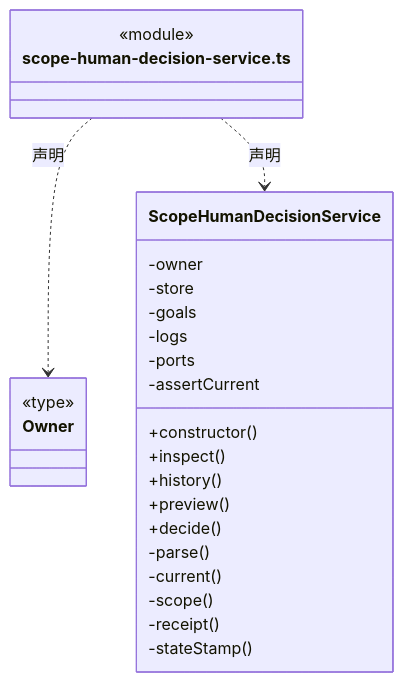
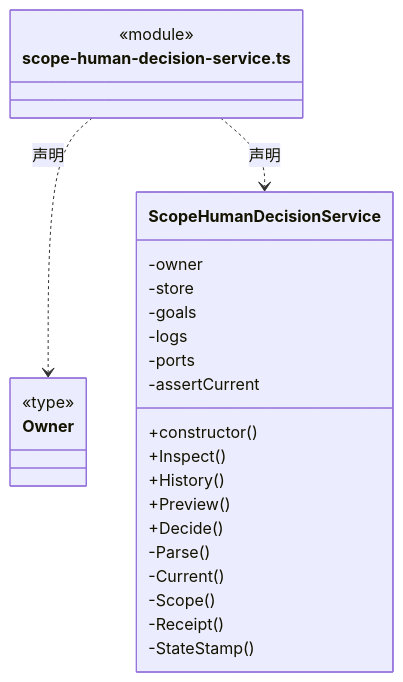
Before and after one commit to nan023062/cbim: diagram 15 of 25 in src/logic/tasks/runtime/ARCHITECTURE.md, drawn with Mermaid. The commit also changed other lines of this file and 1035 other files, not shown here.

````diff
--- a/src/logic/tasks/runtime/ARCHITECTURE.md
+++ b/src/logic/tasks/runtime/ARCHITECTURE.md
@@ -387,30 +387,30 @@
 ```mermaid
 classDiagram
 class N_src_logic_tasks_runtime_scope_human_decision_service_ts["scope-human-decision-service.ts"] {
   <<module>>
 }
 class N_src_logic_tasks_runtime_scope_human_decision_service_ts_Owner["Owner"] {
   <<type>>
 
 }
 N_src_logic_tasks_runtime_scope_human_decision_service_ts ..> N_src_logic_tasks_runtime_scope_human_decision_service_ts_Owner : 声明
 class N_src_logic_tasks_runtime_scope_human_decision_service_ts_ScopeHumanDecisionService["ScopeHumanDecisionService"] {
   +constructor()
-  +inspect()
-  +history()
-  +preview()
-  +decide()
+  +Inspect()
+  +History()
+  +Preview()
+  +Decide()
   -owner
   -store
   -goals
   -logs
   -ports
   -assertCurrent
-  -parse()
-  -current()
-  -scope()
-  -receipt()
-  -stateStamp()
+  -Parse()
+  -Current()
+  -Scope()
+  -Receipt()
+  -StateStamp()
 }
 N_src_logic_tasks_runtime_scope_human_decision_service_ts ..> N_src_logic_tasks_runtime_scope_human_decision_service_ts_ScopeHumanDecisionService : 声明
 ```
````
